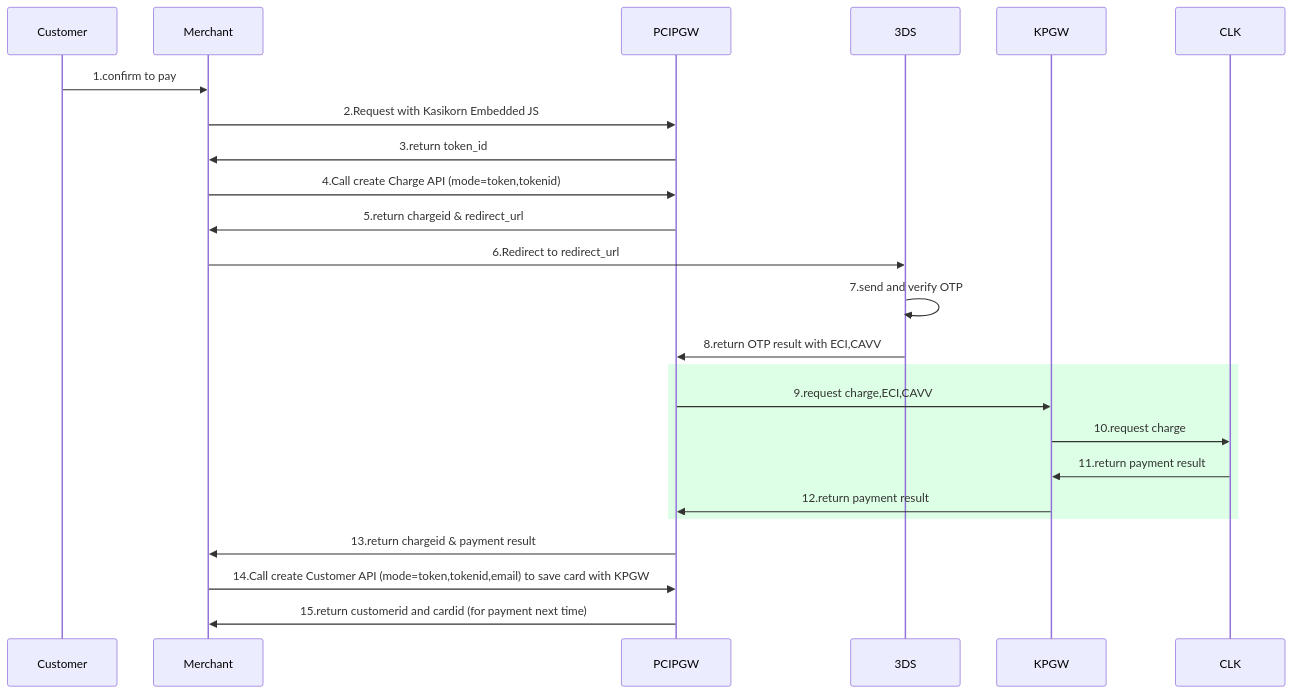
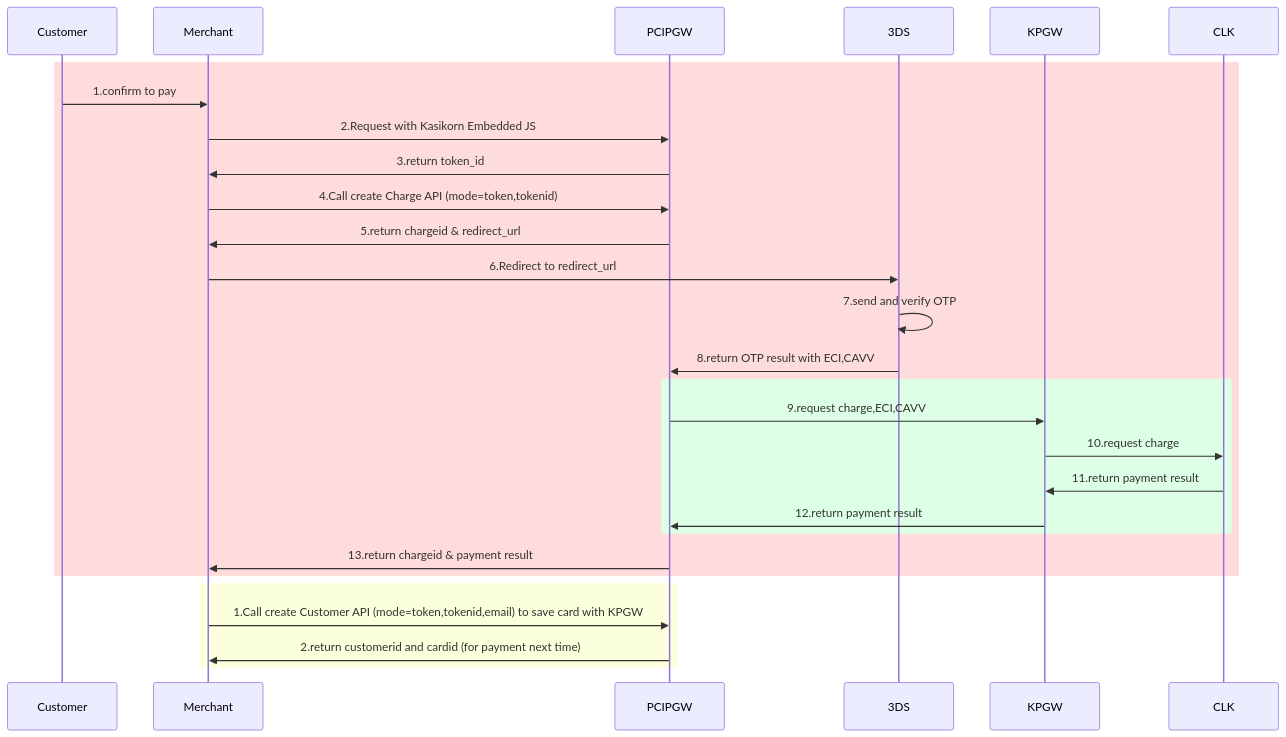
The first of 6 diagrams in Cybs-Ph2-Flow1.md (yuusuke25/MyNotes), drawn with Mermaid before and after one commit. The commit also changed other lines of this file, not shown here.

````diff
--- a/Cybs-Ph2-Flow1.md
+++ b/Cybs-Ph2-Flow1.md
@@ -2,27 +2,31 @@
 ```mermaid
     sequenceDiagram
-        Customer->>Merchant:1.confirm to pay
-        Merchant->>PCIPGW:2.Request with Kasikorn Embedded JS
-        PCIPGW->>Merchant:3.return token_id
-        
-        Merchant->>PCIPGW:4.Call create Charge API (mode=token,tokenid)
-        PCIPGW->>Merchant:5.return chargeid & redirect_url
-        
-        
-        Merchant->>3DS:6.Redirect to redirect_url
-        3DS->>3DS:7.send and verify OTP
-        3DS->>PCIPGW:8.return OTP result with ECI,CAVV
-        
-        rect rgb(220, 255, 229)
-            PCIPGW->>KPGW:9.request charge,ECI,CAVV
-            KPGW->>CLK:10.request charge
-            CLK->>KPGW:11.return payment result
-            KPGW->>PCIPGW:12.return payment result
+        rect rgb(255, 220, 220)
+            Customer->>Merchant:1.confirm to pay
+            Merchant->>PCIPGW:2.Request with Kasikorn Embedded JS
+            PCIPGW->>Merchant:3.return token_id
+
+            Merchant->>PCIPGW:4.Call create Charge API (mode=token,tokenid)
+            PCIPGW->>Merchant:5.return chargeid & redirect_url
+
+
+            Merchant->>3DS:6.Redirect to redirect_url
+            3DS->>3DS:7.send and verify OTP
+            3DS->>PCIPGW:8.return OTP result with ECI,CAVV
+
+            rect rgb(220, 255, 229)
+                PCIPGW->>KPGW:9.request charge,ECI,CAVV
+                KPGW->>CLK:10.request charge
+                CLK->>KPGW:11.return payment result
+                KPGW->>PCIPGW:12.return payment result
+            end
+
+            PCIPGW->>Merchant:13.return chargeid & payment result
         end
         
-        PCIPGW->>Merchant:13.return chargeid & payment result
-
-        Merchant->>PCIPGW:14.Call create Customer API (mode=token,tokenid,email) to save card with KPGW
-        PCIPGW->>Merchant:15.return customerid and cardid (for payment next time)
+        rect rgb(252, 255, 220)
+            Merchant->>PCIPGW:1.Call create Customer API (mode=token,tokenid,email) to save card with KPGW
+            PCIPGW->>Merchant:2.return customerid and cardid (for payment next time)
+        end
 
 ```
````
